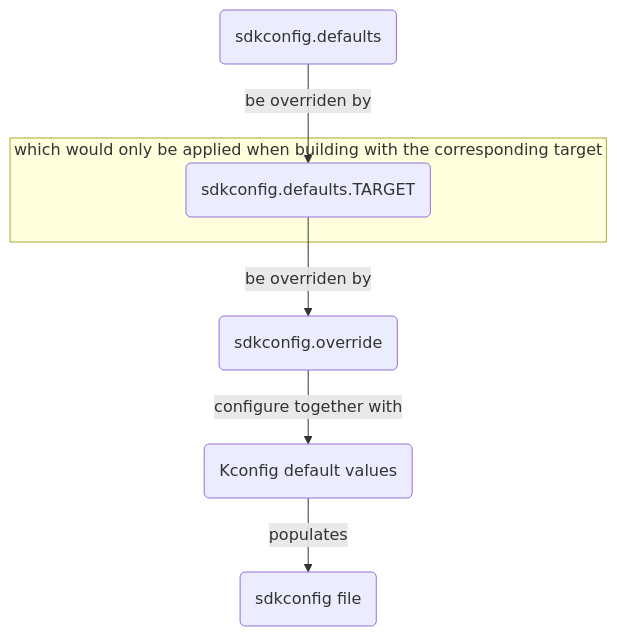
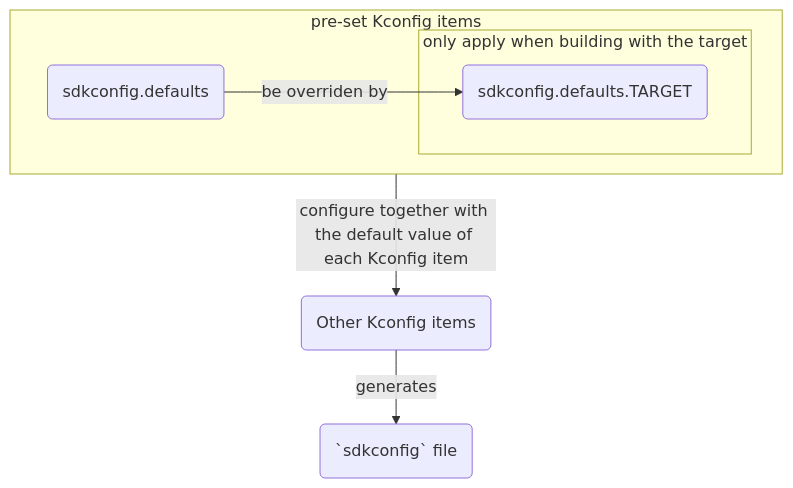
Before and after one commit to espressif/idf-build-apps: the first of 2 diagrams in docs/find_build.md, drawn with Mermaid. The commit also changed other lines of this file and 3 other files, not shown here.

````diff
--- a/docs/find_build.md
+++ b/docs/find_build.md
@@ -51,14 +53,19 @@
 ```{mermaid}
 flowchart TB
-    kconfig(Kconfig default values)
     sdkconfig_defaults(sdkconfig.defaults)
-    sdkconfig_override(sdkconfig.override)
     sdkconfig_defaults_target(sdkconfig.defaults.TARGET)
-    sdkconfig_file(sdkconfig file)
 
-    sdkconfig_defaults -- be overriden by --> sdkconfig_defaults_target -- be overriden by--> sdkconfig_override -- configure together with --> kconfig -- populates --> sdkconfig_file
+    kconfig(Other Kconfig items)
 
-    subgraph "which would only be applied when building with the corresponding target"
-    sdkconfig_defaults_target
+    sdkconfig_file(`sdkconfig` file)
+
+    subgraph pre-set [pre-set Kconfig items]
+        sdkconfig_defaults -- be overriden by --> sdkconfig_defaults_target
+
+        subgraph "only apply when building with the target"
+            sdkconfig_defaults_target
+        end
     end
+
+    pre-set -- configure together with the default value of each Kconfig item --> kconfig -- generates --> sdkconfig_file
 ```
````
